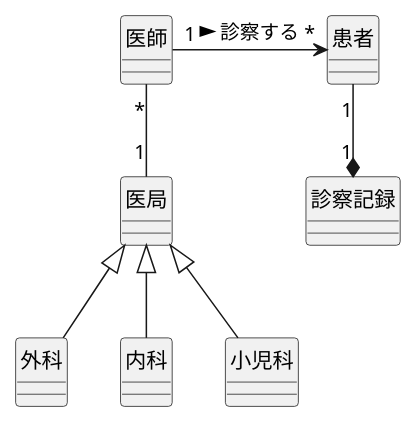
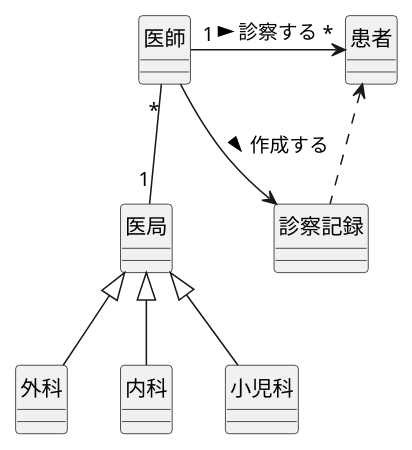
One commit to Takhshi/uml-introduction changed the diagram in 演習3-2_CL_医師と患者と医局と診療記録.pu. Above: the diagram before and after it, drawn with PlantUML. The commit also changed 3 other files, not shown here.

```diff
--- a/演習3-2_CL_医師と患者と医局と診療記録.pu
+++ b/演習3-2_CL_医師と患者と医局と診療記録.pu
@@ -1,18 +1,19 @@
 @startuml 医師と患者と医局と診療記録
 ' left to right direction
 skinparam classAttributeIconSize 0
 class 患者{}
 class 医師{}
 class 医局{}
 class 外科{}
 class 内科{}
 class 小児科{}
 class 診察記録{}
 医師 "1" -right-> "*" 患者:診察する >
 医師 "*" -- "1" 医局
-患者 "1" --* "1" 診察記録
+医師 -> 診察記録:作成する >
+患者 <.. 診察記録
 医局 <|-down- 外科
 医局 <|-down- 内科
 医局 <|-down- 小児科
 hide circle
 @enduml
```
